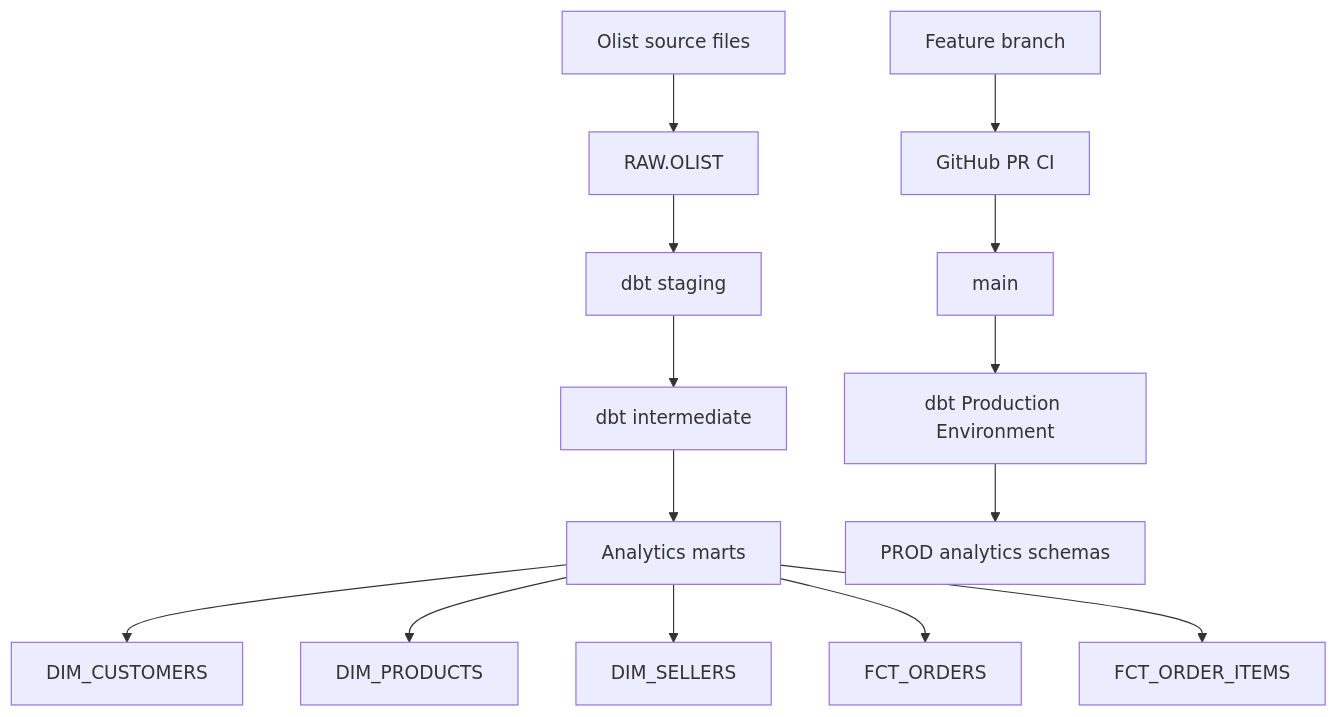
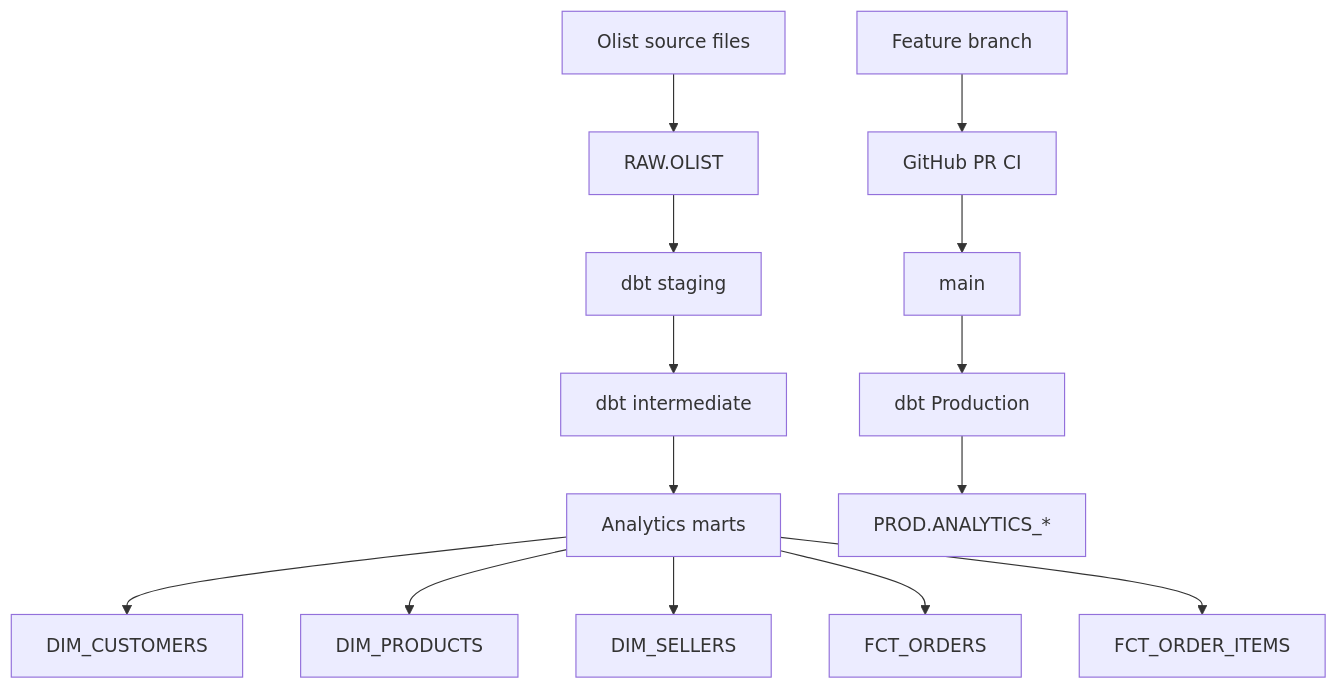
Before and after one commit to Fuddie/olist-analytics: the diagram in README.md, drawn with Mermaid. The commit also changed other lines of this file, not shown here.

Commit message:
Refresh Olist Analytics documentation (#5)

````diff
--- a/README.md
+++ b/README.md
@@ -66,18 +57,16 @@
 ```mermaid
 flowchart TD
     A[Olist source files] --> B[RAW.OLIST]
     B --> C[dbt staging]
     C --> D[dbt intermediate]
     D --> E[Analytics marts]
-
     E --> F[DIM_CUSTOMERS]
     E --> G[DIM_PRODUCTS]
     E --> H[DIM_SELLERS]
     E --> I[FCT_ORDERS]
     E --> J[FCT_ORDER_ITEMS]
-
     K[Feature branch] --> L[GitHub PR CI]
     L --> M[main]
-    M --> N[dbt Production Environment]
-    N --> O[PROD analytics schemas]
+    M --> N[dbt Production]
+    N --> O[PROD.ANALYTICS_*]
 ```
````
